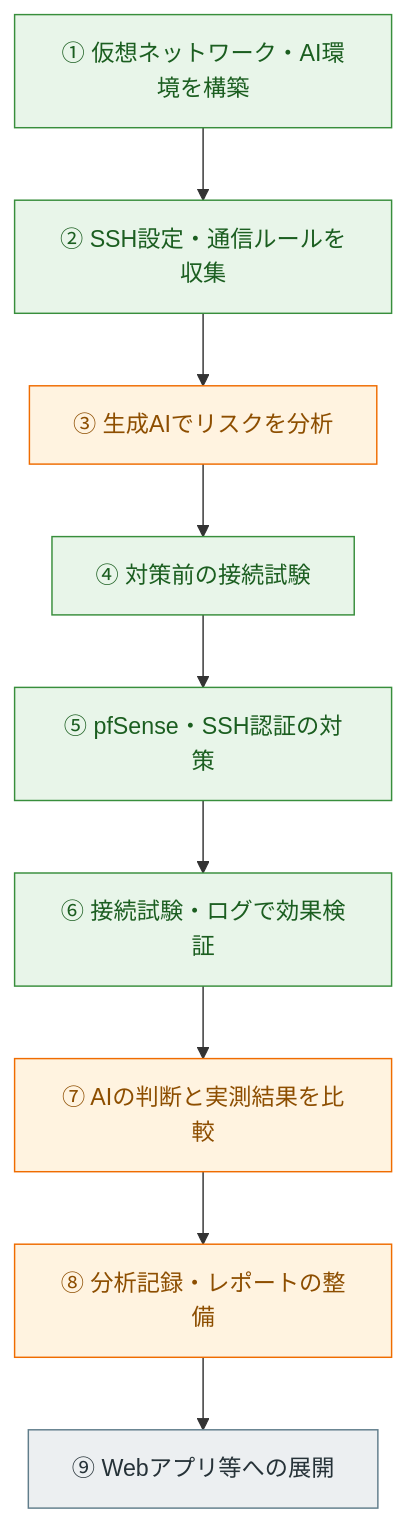
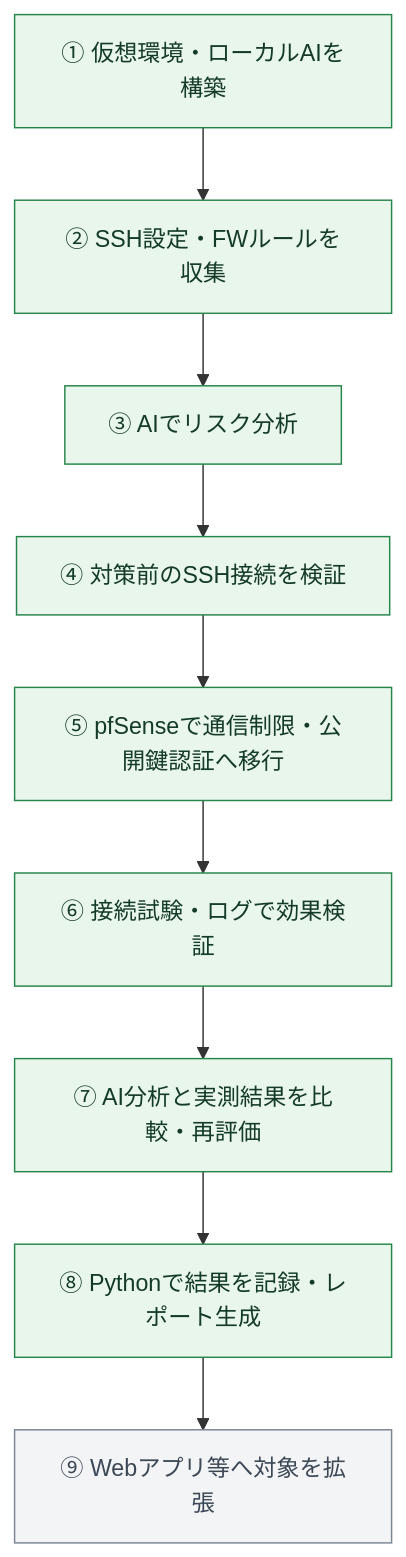
The diagram in README.md (kcs-j02/Frontier-AI-Security-Risk-Lab), drawn with Mermaid before and after one commit. The commit also changed other lines of this file and 8 other files, not shown here.

````diff
--- a/README.md
+++ b/README.md
@@ -48,17 +53,15 @@
 ```mermaid
 flowchart TD
-    A["① 仮想ネットワーク・AI環境を構築"] --> B["② SSH設定・通信ルールを収集"]
-    B --> C["③ 生成AIでリスクを分析"]
-    C --> D["④ 対策前の接続試験"]
-    D --> E["⑤ pfSense・SSH認証の対策"]
+    A["① 仮想環境・ローカルAIを構築"] --> B["② SSH設定・FWルールを収集"]
+    B --> C["③ AIでリスク分析"]
+    C --> D["④ 対策前のSSH接続を検証"]
+    D --> E["⑤ pfSenseで通信制限・公開鍵認証へ移行"]
     E --> F["⑥ 接続試験・ログで効果検証"]
-    F --> G["⑦ AIの判断と実測結果を比較"]
-    G --> H["⑧ 分析記録・レポートの整備"]
-    H --> I["⑨ Webアプリ等への展開"]
-    classDef done fill:#e8f5e9,stroke:#388e3c,color:#1b5e20;
-    classDef active fill:#fff3e0,stroke:#ef6c00,color:#8d4e00;
-    classDef future fill:#eceff1,stroke:#607d8b,color:#263238;
-    class A,B,D,E,F done;
-    class C,G,H active;
+    F --> G["⑦ AI分析と実測結果を比較・再評価"]
+    G --> H["⑧ Pythonで結果を記録・レポート生成"]
+    H --> I["⑨ Webアプリ等へ対象を拡張"]
+    classDef done fill:#e9f6ec,stroke:#26854b,color:#143b25;
+    classDef future fill:#f3f4f6,stroke:#7a8593,color:#3c4856;
+    class A,B,C,D,E,F,G,H done;
     class I future;
 ```
````
